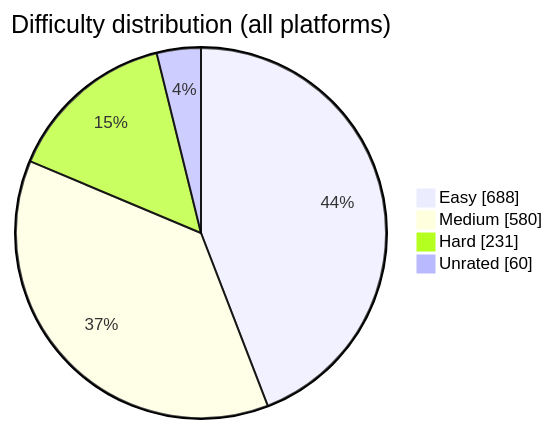
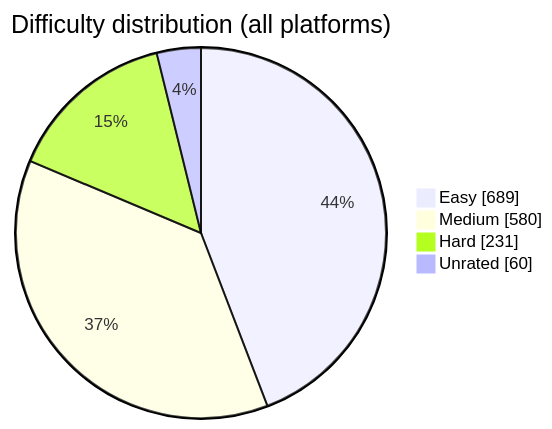
Before and after one commit to BuildbyArindam/Daily-Coding-Log: the diagram in README.md, drawn with Mermaid. The commit also changed other lines of this file, not shown here.

````diff
--- a/README.md
+++ b/README.md
@@ -93,7 +93,7 @@
 ```mermaid
 pie showData title Difficulty distribution (all platforms)
-    "Easy" : 688
+    "Easy" : 689
     "Medium" : 580
     "Hard" : 231
     "Unrated" : 60
 ```
````
